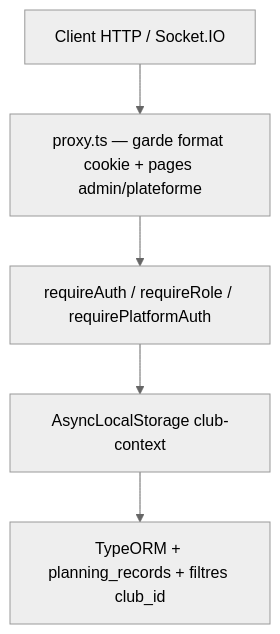
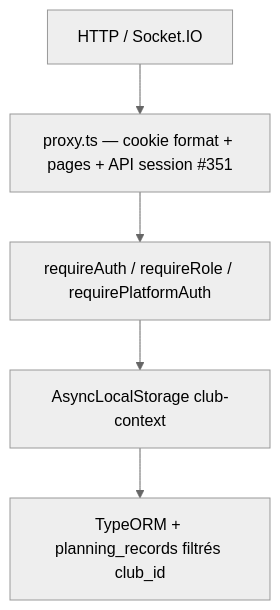
Before and after one commit to brahmiamine/afp-planning: the diagram in audits/02-security-multitenancy.md, drawn with Mermaid (neutral theme). The commit also changed other lines of this file and 8 other files, not shown here.

````diff
--- a/audits/02-security-multitenancy.md
+++ b/audits/02-security-multitenancy.md
@@ -30,9 +62,9 @@
 ```mermaid
 flowchart TD
-  Client[Client HTTP / Socket.IO]
-  Proxy[proxy.ts — garde format cookie + pages admin/plateforme]
-  Auth[requireAuth / requireRole / requirePlatformAuth]
-  ALS[AsyncLocalStorage club-context]
-  Data[TypeORM + planning_records + filtres club_id]
+  Client[HTTP / Socket.IO]
+  Proxy["proxy.ts — cookie format + pages + API session #351"]
+  Auth["requireAuth / requireRole / requirePlatformAuth"]
+  ALS["AsyncLocalStorage club-context"]
+  Data["TypeORM + planning_records filtrés club_id"]
   Client --> Proxy --> Auth --> ALS --> Data
 ```
````
